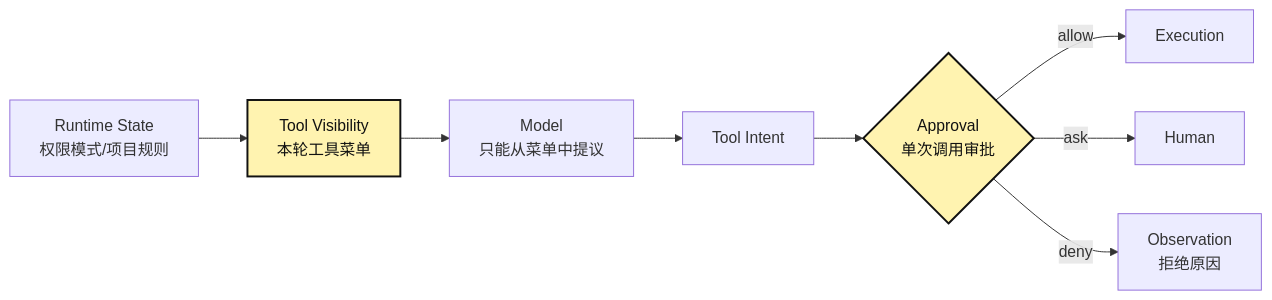
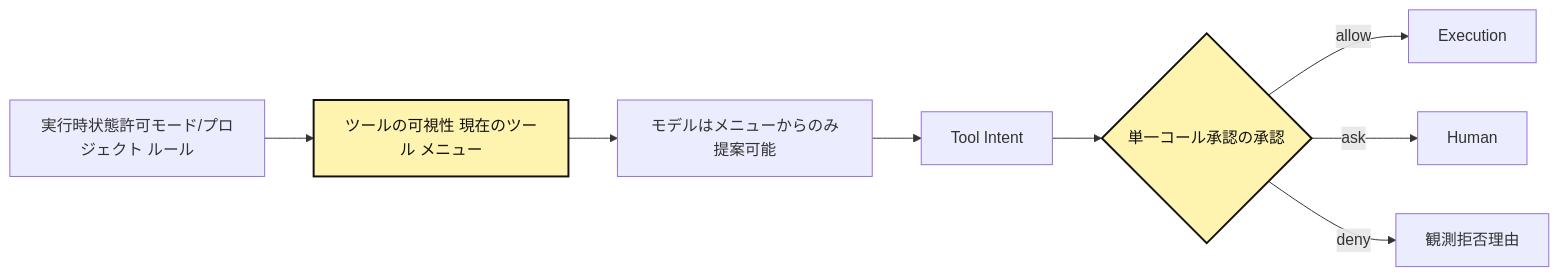
Before and after one commit to LienJack/learn-agent: the diagram in src/content/blog/ja/AI/build-harness/assets/00-10-intent-execution-separation/mermaid-03.mmd, drawn with Mermaid. The commit also changed 665 other files, not shown here.

```diff
--- a/src/content/blog/ja/AI/build-harness/assets/00-10-intent-execution-separation/mermaid-03.mmd
+++ b/src/content/blog/ja/AI/build-harness/assets/00-10-intent-execution-separation/mermaid-03.mmd
@@ -1,13 +1,13 @@
 flowchart LR
-  R["Runtime State\n权限模式/项目规则"] --> F["Tool Visibility\n本轮工具菜单"]
-  F --> M["Model\n只能从菜单中提议"]
+  R["実行時状態許可モード/プロジェクト ルール"] --> F["ツールの可視性 現在のツール メニュー"]
+  F --> M["モデルはメニューからのみ提案可能"]
   M --> I["Tool Intent"]
-  I --> A{"Approval\n单次调用审批"}
+  I --> A{"単一コール承認の承認"}
   A -->|allow| E["Execution"]
   A -->|ask| H["Human"]
-  A -->|deny| O["Observation\n拒绝原因"]
+  A -->|deny| O["観測拒否理由"]
 
   F:::hot
   A:::hot
 
   classDef hot fill:#fff3b0,stroke:#111,stroke-width:2px,color:#111;
```
